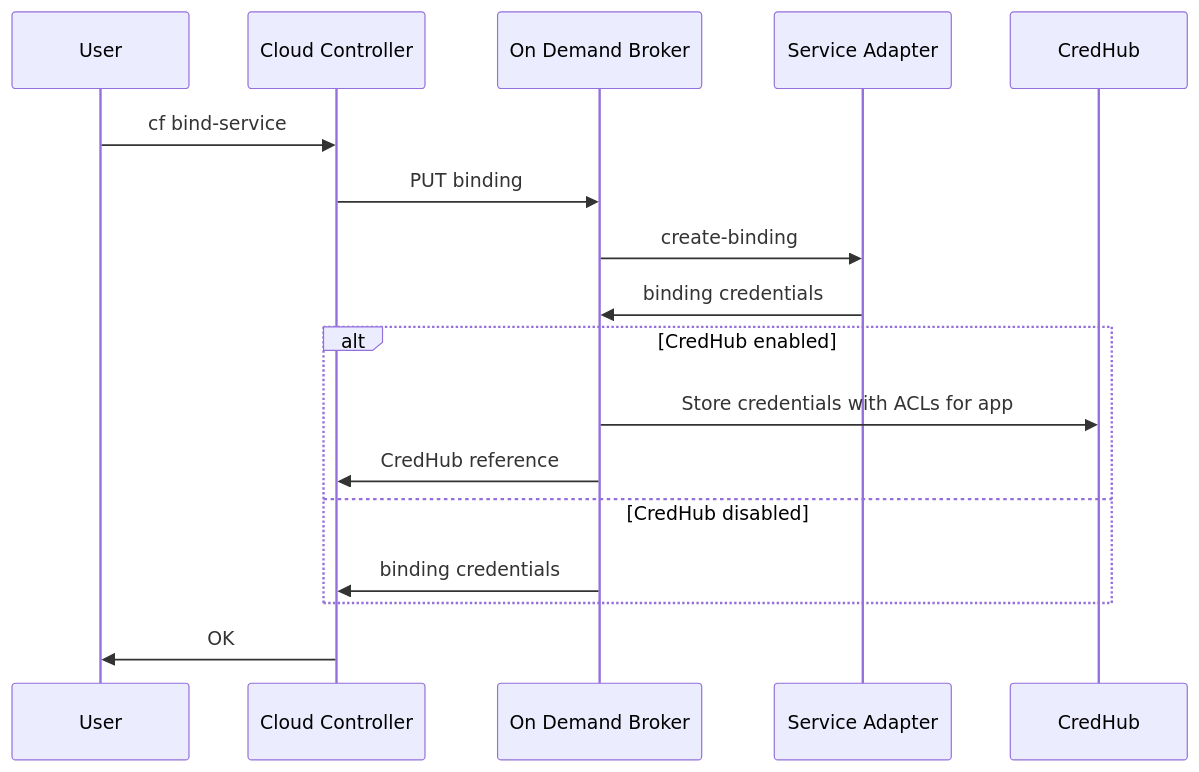
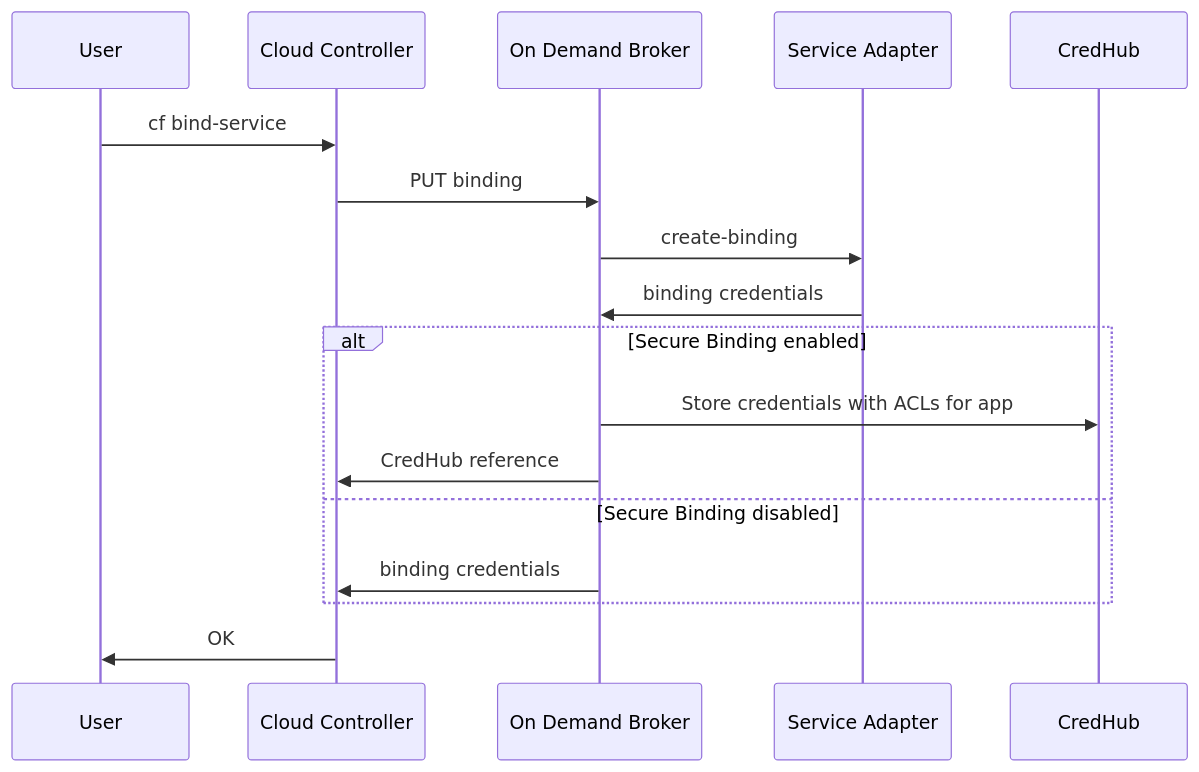
One commit to pivotal-cf/docs-on-demand-service-broker changed the diagram in mmd/bind_service_workflow.mmd. Above: the diagram before and after it, drawn with Mermaid. The commit also changed 2 other files, not shown here.

Commit message:
Update docs for Secure Bindings
[#152593606]

```diff
--- a/mmd/bind_service_workflow.mmd
+++ b/mmd/bind_service_workflow.mmd
@@ -1,14 +1,14 @@
 <div class="mermaid">
 sequenceDiagram
   User->>Cloud Controller:cf bind-service
   Cloud Controller->>On Demand Broker:PUT binding
   On Demand Broker->>Service Adapter:create-binding
   Service Adapter->>On Demand Broker:binding credentials
-  alt CredHub enabled
+  alt Secure Binding enabled
   On Demand Broker->>CredHub:Store credentials with ACLs for app
   On Demand Broker->>Cloud Controller:CredHub reference
-  else CredHub disabled
+  else Secure Binding disabled
   On Demand Broker->>Cloud Controller:binding credentials
   end
   Cloud Controller->>User:OK
 </div>
```
